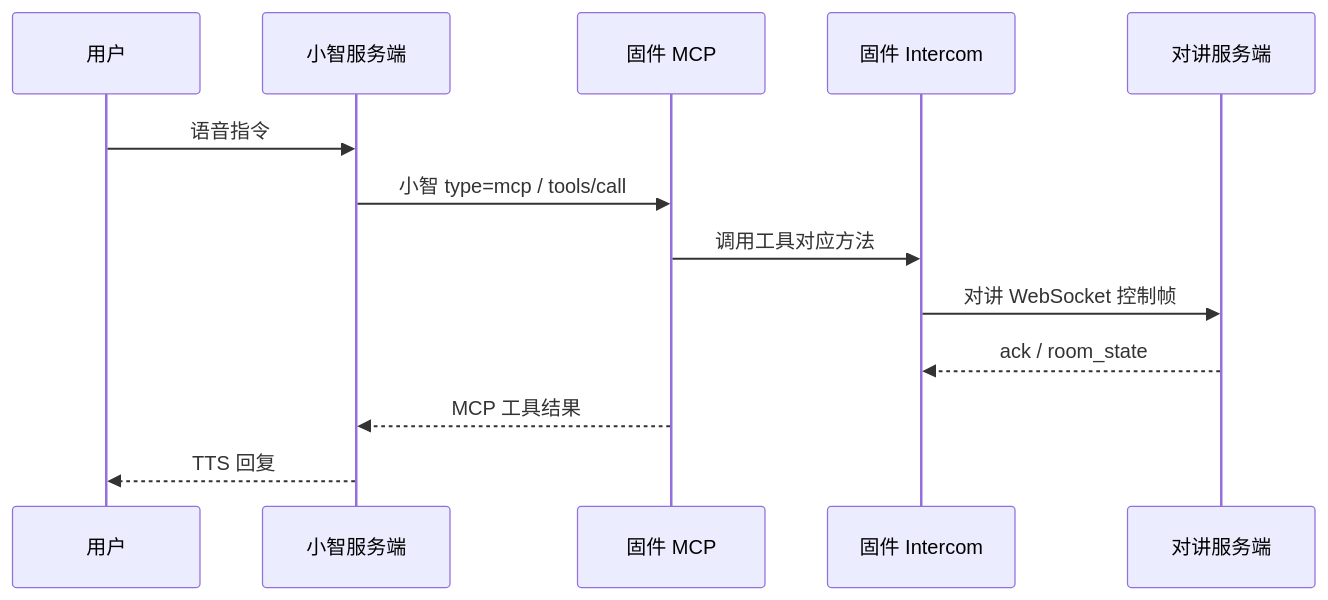
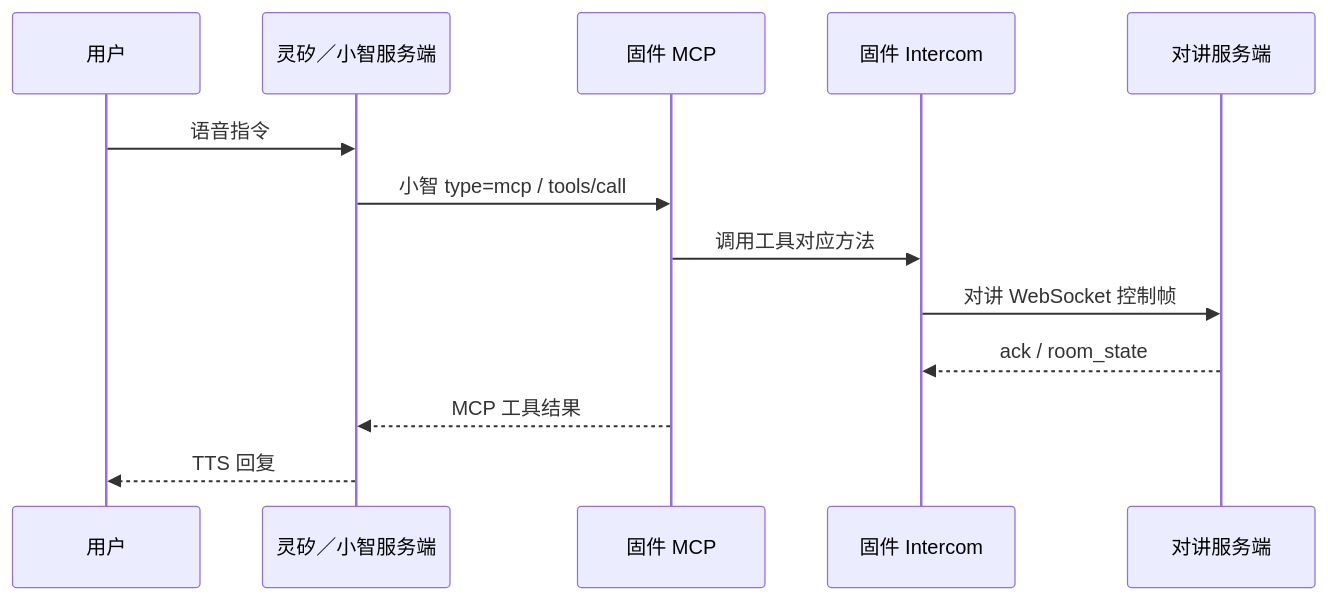
One commit to liuzhe910422/AIRadio changed the diagram in design/intercom-mcp-implementation.md. Above: the diagram before and after it, drawn with Mermaid. The commit also changed other lines of this file and 7 other files, not shown here.

````diff
--- a/design/intercom-mcp-implementation.md
+++ b/design/intercom-mcp-implementation.md
@@ -14,15 +14,15 @@
 ```mermaid
 sequenceDiagram
     participant U as 用户
-    participant X as 小智服务端
+    participant X as 灵矽／小智服务端
     participant M as 固件 MCP
     participant I as 固件 Intercom
     participant S as 对讲服务端
     U->>X: 语音指令
     X->>M: 小智 type=mcp / tools/call
     M->>I: 调用工具对应方法
     I->>S: 对讲 WebSocket 控制帧
     S-->>I: ack / room_state
     M-->>X: MCP 工具结果
     X-->>U: TTS 回复
 ```
````
